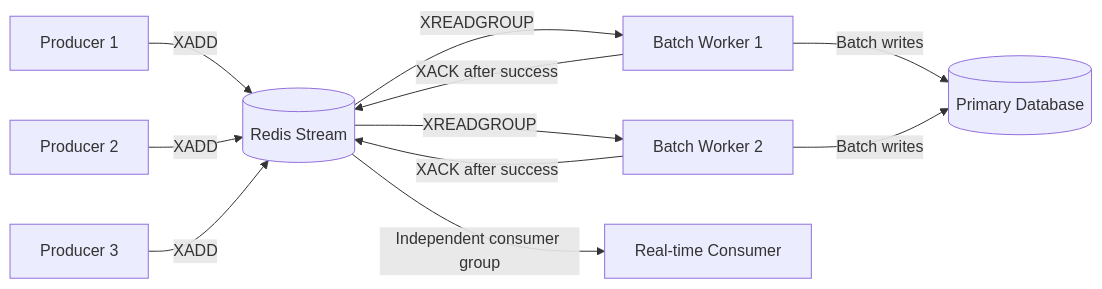
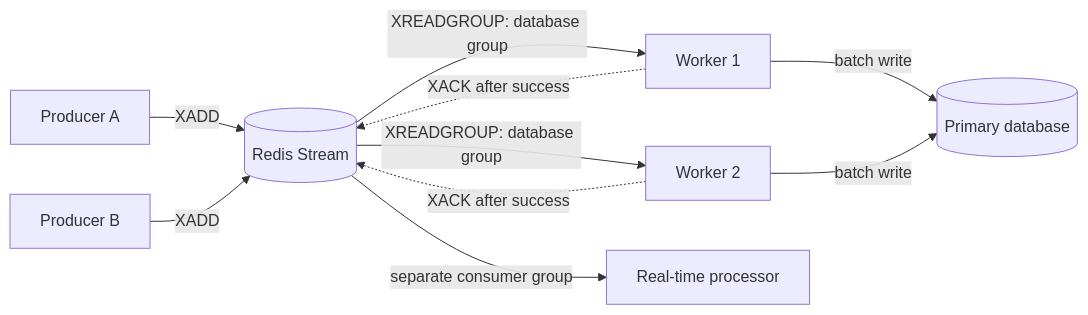
One commit to vanshbaranwal/backend-projects changed the sixth of 7 diagrams in redis/README.md. Above: the diagram before and after it, drawn with Mermaid. The commit also changed other lines of this file and 1 other file, not shown here.

Commit message:
docs(redis): clarify notes with analogies and accurate flows

````diff
--- a/redis/README.md
+++ b/redis/README.md
@@ -381,15 +433,12 @@
 ```mermaid
 flowchart LR
-    P1[Producer 1] -->|XADD| STREAM[(Redis Stream)]
-    P2[Producer 2] -->|XADD| STREAM
-    P3[Producer 3] -->|XADD| STREAM
-
-    STREAM -->|XREADGROUP| C1[Batch Worker 1]
-    STREAM -->|XREADGROUP| C2[Batch Worker 2]
-    C1 -->|Batch writes| DB[(Primary Database)]
-    C2 -->|Batch writes| DB
-    C1 -->|XACK after success| STREAM
-    C2 -->|XACK after success| STREAM
-
-    STREAM -->|Independent consumer group| LIVE[Real-time Consumer]
+    P1[Producer A] -->|XADD| S[(Redis Stream)]
+    P2[Producer B] -->|XADD| S
+    S -->|XREADGROUP: database group| W1[Worker 1]
+    S -->|XREADGROUP: database group| W2[Worker 2]
+    W1 -->|batch write| DB[(Primary database)]
+    W2 -->|batch write| DB
+    W1 -.->|XACK after success| S
+    W2 -.->|XACK after success| S
+    S -->|separate consumer group| LIVE[Real-time processor]
 ```
````
